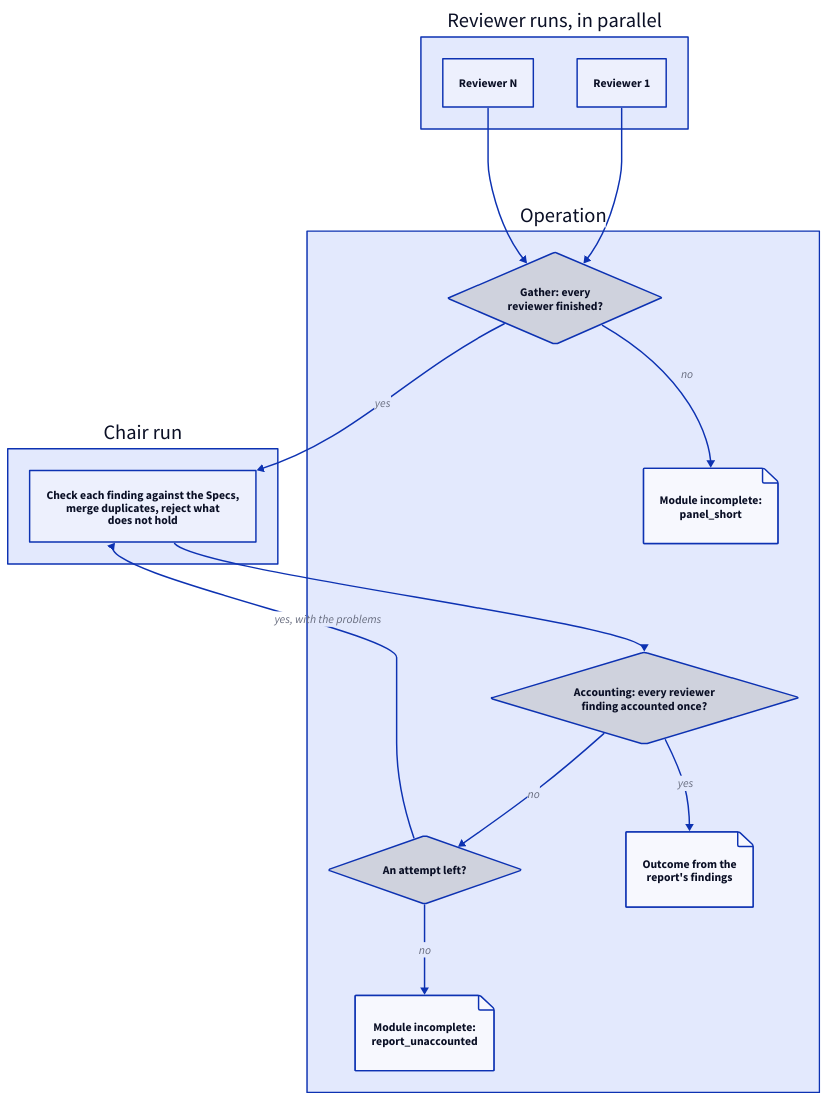
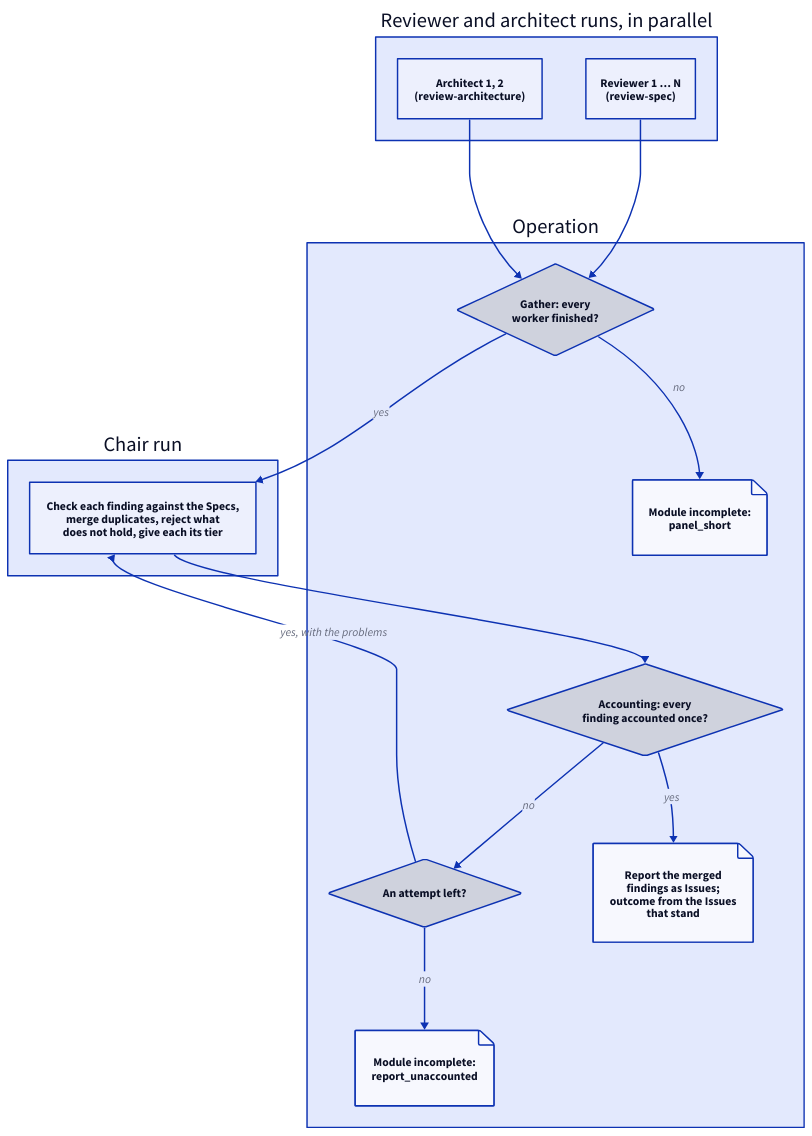
The second of 5 diagrams in specs/concorde/spec-tooling/spec-review/module.md (FTOD/concorde), drawn with D2 before and after one commit. The commit also changed other lines of this file and 28 other files, not shown here.

First line of the commit message:
Report review findings as Issues and add architects to spec_panel

````diff
--- a/specs/concorde/spec-tooling/spec-review/module.md
+++ b/specs/concorde/spec-tooling/spec-review/module.md
@@ -119,27 +121,27 @@
 ```d2 illustrative
 direction: down
-reviewers: "Reviewer runs, in parallel" {
-  r1: "Reviewer 1"
-  rn: "Reviewer N"
+workers: "Reviewer and architect runs, in parallel" {
+  r1: "Reviewer 1 … N\n(review-spec)"
+  a1: "Architect 1, 2\n(review-architecture)"
 }
 op: "Operation" {
-  gather: "Gather: every\nreviewer finished?" {shape: diamond}
-  account: "Accounting: every reviewer\nfinding accounted once?" {shape: diamond}
+  gather: "Gather: every\nworker finished?" {shape: diamond}
+  account: "Accounting: every\nfinding accounted once?" {shape: diamond}
   retry: "An attempt left?" {shape: diamond}
-  outcome: "Outcome from the\nreport's findings" {shape: page}
+  report: "Report the merged\nfindings as Issues;\noutcome from the Issues\nthat stand" {shape: page}
   short: "Module incomplete:\npanel_short" {shape: page}
   unaccounted: "Module incomplete:\nreport_unaccounted" {shape: page}
 }
 chair: "Chair run" {
-  merge: "Check each finding against the Specs,\nmerge duplicates, reject what\ndoes not hold"
+  merge: "Check each finding against the Specs,\nmerge duplicates, reject what\ndoes not hold, give each its tier"
 }
-reviewers.r1 -> op.gather
-reviewers.rn -> op.gather
+workers.r1 -> op.gather
+workers.a1 -> op.gather
 op.gather -> chair.merge: yes
 op.gather -> op.short: no
 chair.merge -> op.account
-op.account -> op.outcome: yes
+op.account -> op.report: yes
 op.account -> op.retry: no
 op.retry -> chair.merge: "yes, with the problems"
 op.retry -> op.unaccounted: no
 ```
````
